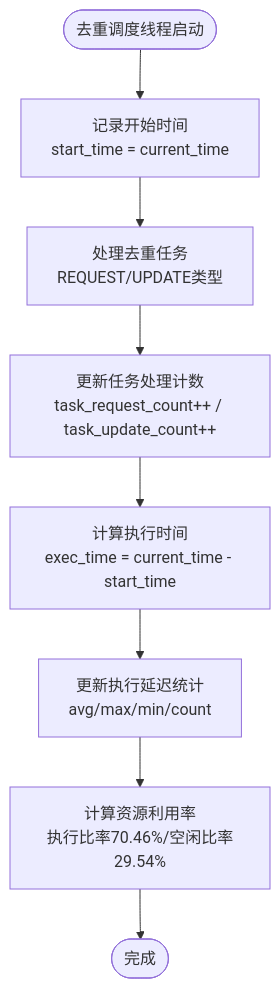
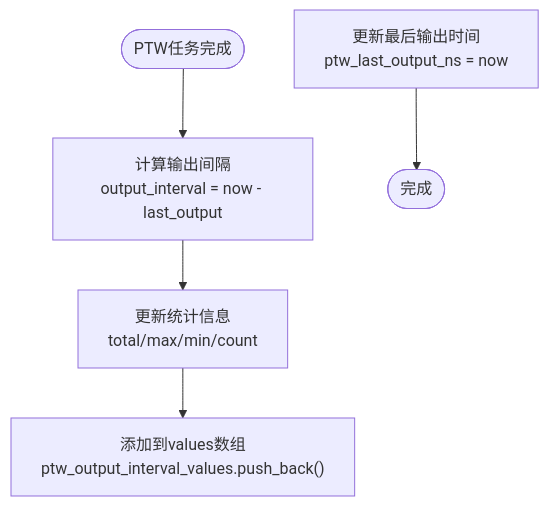
Before and after one commit to jiangjiang1122/iommu_model_20260401_v1: the seventh of 12 diagrams in .qoder/repowiki/zh/content/性能模型/性能指标与统计.md, drawn with Mermaid. The commit also changed other lines of this file and 55 other files, not shown here.

````diff
--- a/.qoder/repowiki/zh/content/性能模型/性能指标与统计.md
+++ b/.qoder/repowiki/zh/content/性能模型/性能指标与统计.md
@@ -456,10 +440,8 @@
 ```mermaid
 flowchart TD
-Start(["去重调度线程启动"]) --> RecordStart["记录开始时间<br/>start_time = current_time"]
-RecordStart --> ProcessTask["处理去重任务<br/>REQUEST/UPDATE类型"]
-ProcessTask --> UpdateCount["更新任务处理计数<br/>task_request_count++ / task_update_count++"]
-UpdateCount --> CalcExecTime["计算执行时间<br/>exec_time = current_time - start_time"]
-CalcExecTime --> UpdateDelay["更新执行延迟统计<br/>avg/max/min/count"]
-UpdateDelay --> CalcUtilization["计算资源利用率<br/>执行比率70.46%/空闲比率29.54%"]
-CalcUtilization --> End(["完成"])
+Start(["PTW任务完成"]) --> CalcInterval["计算输出间隔<br/>output_interval = now - last_output"]
+CalcInterval --> UpdateStats["更新统计信息<br/>total/max/min/count"]
+UpdateStats --> AddValue["添加到values数组<br/>ptw_output_interval_values.push_back()"]
+UpdateLast["更新最后输出时间<br/>ptw_last_output_ns = now"]
+UpdateLast --> End(["完成"])
 ```
````
